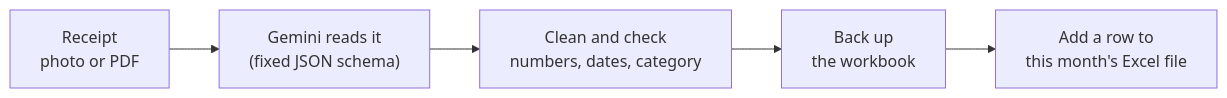
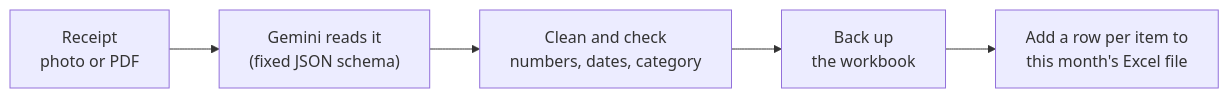
The diagram in README.md (ImChangyeol/receipt-reader), drawn with Mermaid before and after one commit. The commit also changed other lines of this file and 9 other files, not shown here.

Commit message:
One row per receipt item

````diff
--- a/README.md
+++ b/README.md
@@ -7,7 +7,7 @@
 ```mermaid
 flowchart LR
     A["Receipt<br/>photo or PDF"] --> B["Gemini reads it<br/>(fixed JSON schema)"]
     B --> C["Clean and check<br/>numbers, dates, category"]
     C --> D["Back up<br/>the workbook"]
-    D --> E["Add a row to<br/>this month's Excel file"]
+    D --> E["Add a row per item to<br/>this month's Excel file"]
 ```
````
